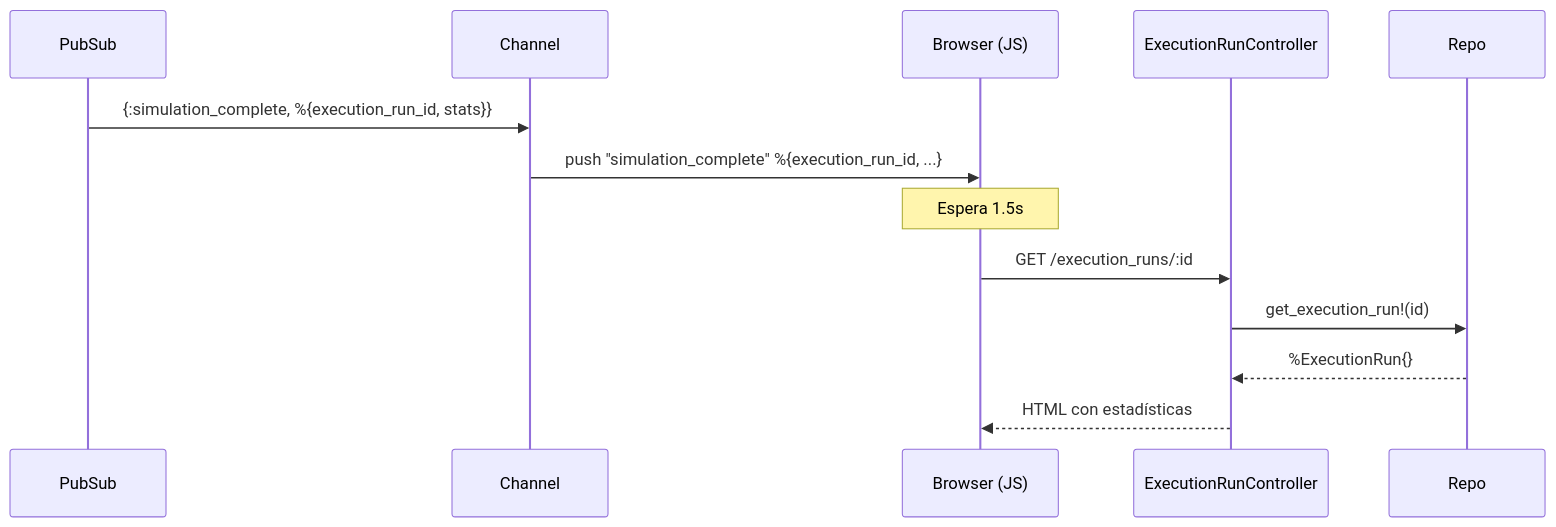
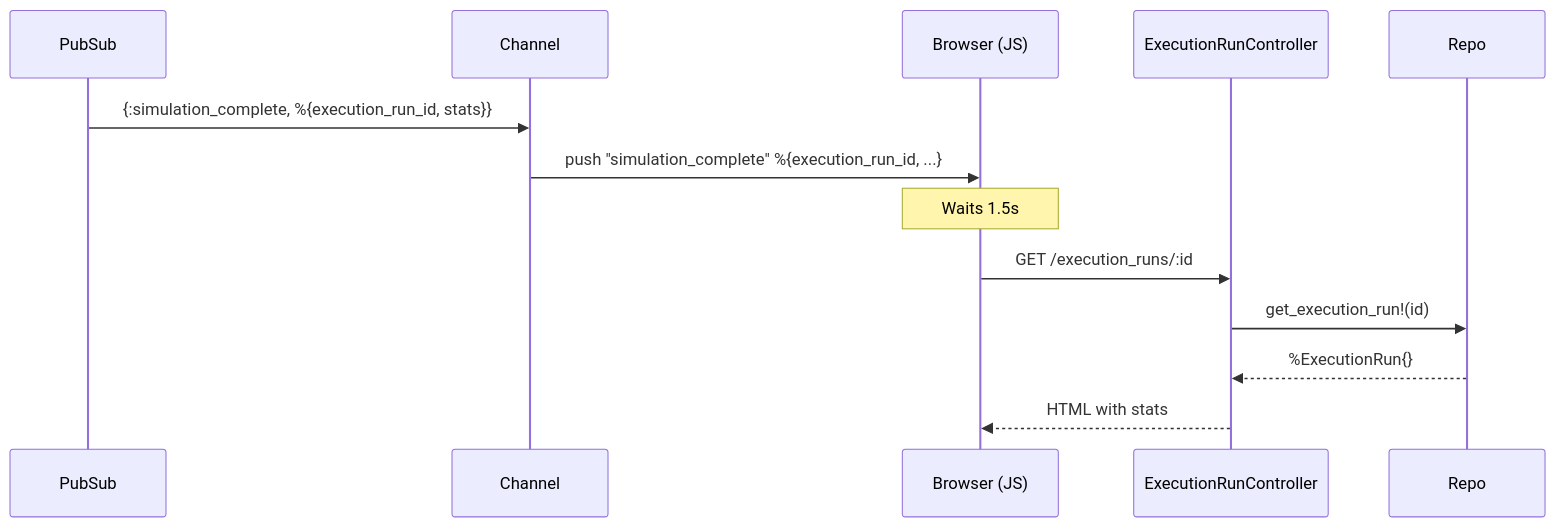
One commit to FLAGlab/Elixir-Swarm-Simulator changed diagram 11 of 11 in docs/data_flows.md. Above: the diagram before and after it, drawn with Mermaid. The commit also changed other lines of this file and 40 other files, not shown here.

````diff
--- a/docs/data_flows.md
+++ b/docs/data_flows.md
@@ -314,16 +315,16 @@
 ```mermaid
 sequenceDiagram
     participant PS as PubSub
     participant Ch as Channel
     participant JS as Browser (JS)
     participant ERC as ExecutionRunController
     participant DB as Repo
 
     PS->>Ch: {:simulation_complete, %{execution_run_id, stats}}
     Ch->>JS: push "simulation_complete" %{execution_run_id, ...}
-    Note over JS: Espera 1.5s
+    Note over JS: Waits 1.5s
     JS->>ERC: GET /execution_runs/:id
     ERC->>DB: get_execution_run!(id)
     DB-->>ERC: %ExecutionRun{}
-    ERC-->>JS: HTML con estadísticas
+    ERC-->>JS: HTML with stats
 ```
````
